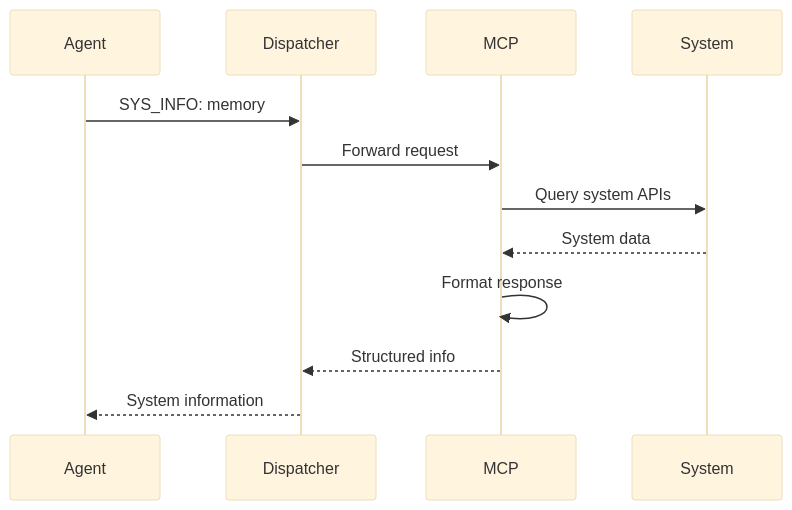
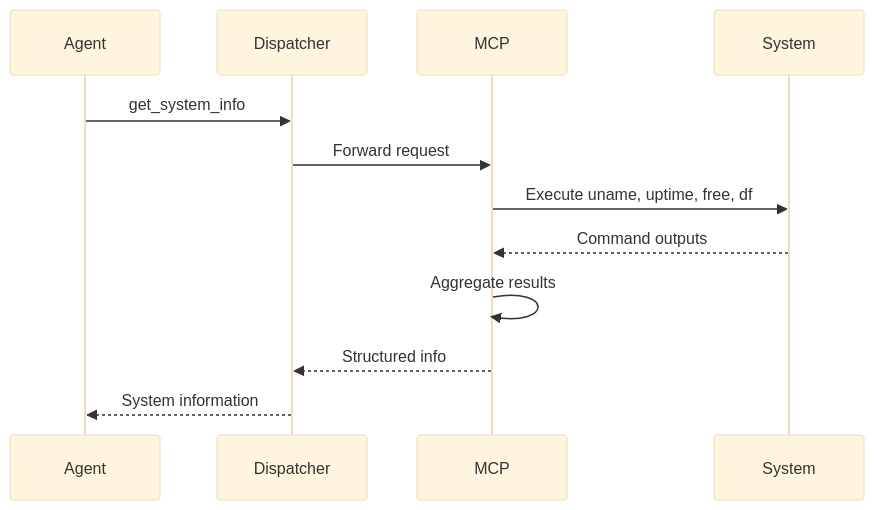
One commit to microsoft/UFO changed the third of 4 diagrams in documents/docs/linux/commands.md. Above: the diagram before and after it, drawn with Mermaid (base theme). The commit also changed other lines of this file and 4 other files, not shown here.

````diff
--- a/documents/docs/linux/commands.md
+++ b/documents/docs/linux/commands.md
@@ -167,15 +156,15 @@
 ```mermaid
 sequenceDiagram
     participant Agent
     participant Dispatcher
     participant MCP
     participant System
     
-    Agent->>Dispatcher: SYS_INFO: memory
+    Agent->>Dispatcher: get_system_info
     Dispatcher->>MCP: Forward request
-    MCP->>System: Query system APIs
-    System-->>MCP: System data
-    MCP->>MCP: Format response
+    MCP->>System: Execute uname, uptime, free, df
+    System-->>MCP: Command outputs
+    MCP->>MCP: Aggregate results
     MCP-->>Dispatcher: Structured info
     Dispatcher-->>Agent: System information
 ```
````
